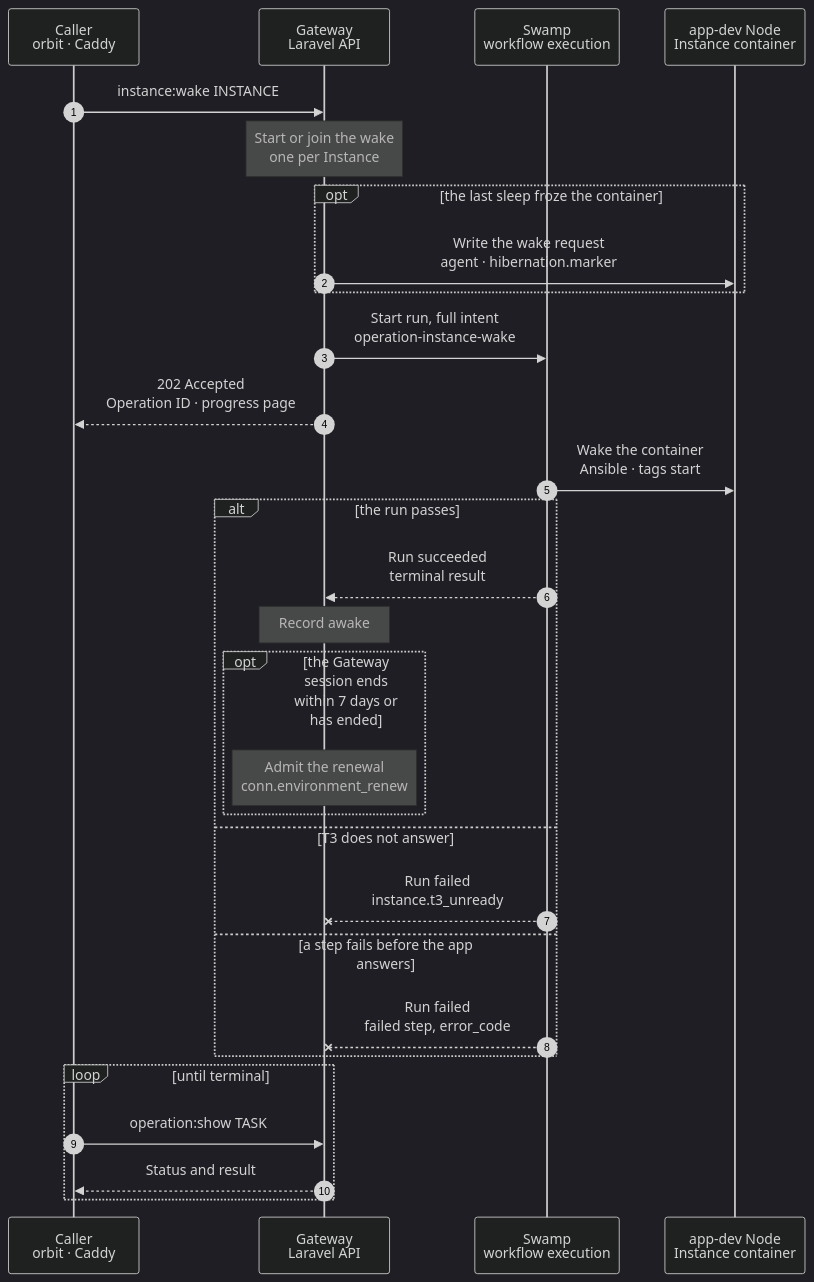
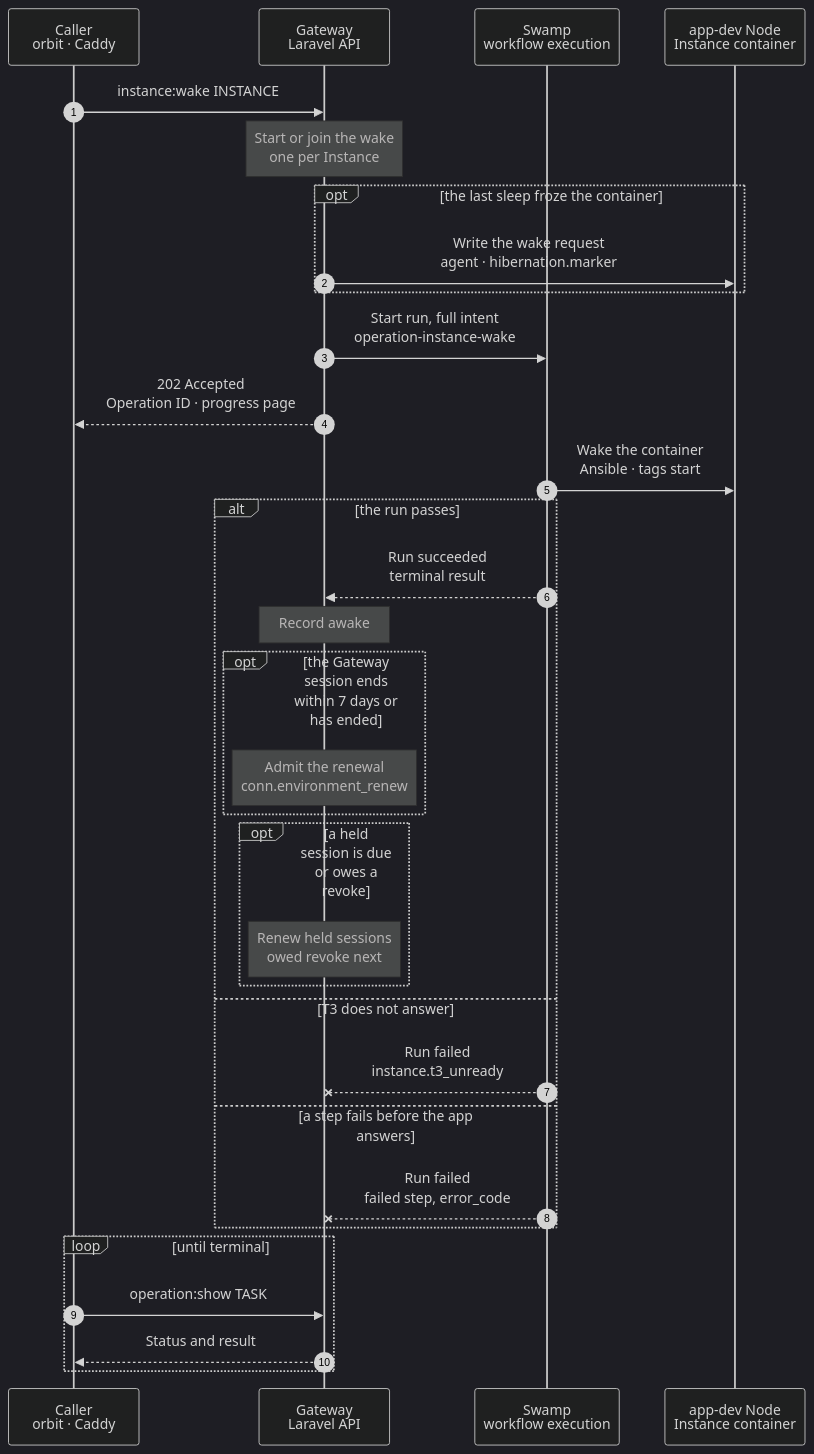
The diagram in docs/cli/instance/wake.mmd (hardimpactdev/orbit), drawn with Mermaid (dark theme) before and after one commit. The commit also changed 60 other files, not shown here.

First line of the commit message:
feat(conn): the Gateway holds each Node's T3 session on container servers (Conn O4) (#3729)

```diff
--- a/docs/cli/instance/wake.mmd
+++ b/docs/cli/instance/wake.mmd
@@ -1,112 +1,120 @@
 sequenceDiagram
   %% Container runtime (ADR 0250 step 8, docs/reference/development-containers.md#sleep-and-wake): resume a sleeping development container, or start one that was stopped. A request to its Route admits the same kind through the runtime activation endpoint of docs/reference/app-dev-runtime-hibernation.md#wake.
   %% status: draft
   %% command: instance:wake
   %% kind: instance.wake
   autonumber
   %% lane CL icon=terminal pill=caller tone=gray
   %% lane GW icon=gateway pill=intent tone=blue
   %% lane SW icon=workflow pill=executes tone=green
   %% lane N icon=server pill=target tone=amber
   participant CL as Caller<br/>orbit · Caddy
   participant GW as Gateway<br/>Laravel API
   participant SW as Swamp<br/>workflow execution
   participant N as app-dev Node<br/>Instance container
   CL->>GW: instance:wake INSTANCE
   %%> Command:
   %%> - `orbit instance:wake INSTANCE`
   %%> - syntax: `<instance-id> [--json]`
   %%> Callers:
   %%> - the command
   %%> - Caddy on the Instance's Node, when a request finds the asleep marker: `GET runtime-activations/app-instance/ID`
   %%> - planned: a Conn device that opens the T3 server, and the task flow before a turn on an attached Instance
   %%> - a deployment of a sleeping default starts it in its own run instead
   %%> Requirements:
   %%> - the caller is the Instance's Node or has node access to it
   Note over GW: Start or join the wake<br/>one per Instance
   %%> When:
   %%> - an active development container that is not a nested-fleet Instance
   %%> - a clone of a nested-fleet default takes its start instead: see instance/start.mmd
   %%> Result:
   %%> - an open wake of the Instance is joined: a second caller gets the same Operation, Caddy the same progress page
   %%> - after a failed wake, Caddy gets the failure page with Try again until a retry or the command starts a new wake
   %%> On failure:
   %%> - no container, a nested-fleet Instance or other lifecycle work starts no run
   opt the last sleep froze the container
     %% path: resume
     GW->>N: Write the wake request<br/>agent · hibernation.marker
     %%> What it does:
     %%> - the Operation is recorded without its run; the Node calls run after its commit
     %%> - the frozen agent's `hibernation.marker` writes `/dev/shm/orbit/hibernation/app-instance-<id>.wake`; only root writes in that folder
     %%> - the app-dev role's script, started by a systemd path unit, acts only on `instance-<id>` of `orbit-instances` found Frozen with its asleep marker and a request under 1 s old: `incus resume`, `memory.swap.max` 0, one request to FrankenPHP for an answer below 500 (1.5 s at most), then it removes the marker, writes `app-instance-<id>.resumed`, and rebuilds a stale library cache and CA bundle as the run does
     %%> - the Gateway reads the request folder and the marker with `hibernation.times` until the resume shows, within 3 s
     %%> Why:
     %%> - measured on a frozen clone: the resume takes 0.02 s and the web probe 0.4 s, but the run's start-up and playbook took 8-13 s of the 9-19 s a visitor waited
     %%> - the agent stays frozen (ADR 0253): two of its existing commands carry the request and the answer
     %%> Result:
     %%> - resumed: the Operation succeeds here with `wake: resumed`, `trigger_seconds` and `confirm_seconds`; `power_state` is `running`; Conn's renewal below runs as after a run
     %%> - Caddy gets 307 to the same path: the browser sends the request again, with its method and body, and gets the app
     %%> - an API caller gets 202 with the ended Operation
     %%> - a caller who joins this wake waits for it up to the bound, then gets the same answer
     %%> On failure:
     %%> - the Node has no script (its first read also asks for it; the Node then skips this path for 10 minutes), the script declined (another state, FrankenPHP silent), an agent call or the Gateway failed, or the bound passed: the Gateway removes the request, and the same Operation starts the run below
     %%> - a Gateway worker that dies here: a delayed start runs the same Operation's run 15 s later
     %%> - a cancel during the resume keeps the Operation cancelled
   end
   GW->>SW: Start run, full intent<br/>operation-instance-wake
   GW-->>CL: 202 Accepted<br/>Operation ID · progress page
   SW->>N: Wake the container<br/>Ansible · tags start
   %%> What it does:
   %%> - Frozen: `incus resume`, `memory.swap.max` back to 0, FrankenPHP gets 10 tries 1 s apart; nothing boots and nothing converges, `wake: resumed`
   %%> - Frozen and FrankenPHP silent: `incus stop --force`, then the boot below, `wake: restarted_after_resume`
   %%> - Stopped (after a host reboot or a sleep that fell back to a stop): the boot below, `wake: started`
   %%> - Running (after a reboot with `boot.autostart`): no start and no resume, `wake: already_running`
   %%> - a Frozen container without the marker is resumed; the result says `marker_found: false`
   %%> - boot: `incus start`; nftables, T3, FrankenPHP and the enabled Process units start with the container
   %%> - waits until each desired-running unit is active, then until FrankenPHP answers, else `instance.web_unready`
   %%> - a 5xx answer gets up to 5 s to clear; an app that answers 5xx by itself is then served as it is
   %%> - removes the asleep marker, so Caddy sends the next request to the app
   %%> - then rebuilds the container's library cache with `ldconfig -X` when it lacks a soname of the runtime folder (a converge cannot exec in a frozen container); a failed check fails nothing
   %%> - then runs `update-ca-certificates` when the CA bundle lacks the container's Orbit root (the converge writes the root's file, but a frozen container refuses the exec); a container without the file skips it
   %%> - then waits up to 30 s for T3's environment endpoint in a clone, else `instance.t3_unready`
   %%> Why:
   %%> - one playbook: a second Ansible start costs about 4 s on the visitor's path
   %%> - the visitor waits for the app, not for T3; T3 gates only the Operation's end
   %%> - unit enablement holds each Process's desired state, so a stopped Process stays stopped
   %%> When:
   %%> - the marker part runs only in a start whose intent names the marker; a deployment's start has none
   alt the run passes
     %% path: main
     SW-->>GW: Run succeeded<br/>terminal result
     Note over GW: Record awake
     %%> Result:
     %%> - the runtime's `power_state` is `running`; the Conn layer shows the T3 server awake
     %%> - the result names the path, `marker_found`, and a resume's `resume_seconds` and `web_probe_seconds`
     %%> - the progress page loads the original path
     opt the Gateway session ends within 7 days or has ended
       Note over GW: Admit the renewal<br/>conn.environment_renew
       %%> When:
       %%> - after the wake's transaction; it never fails the wake
       %%> What it does:
       %%> - see conn/environment-renew.mmd; the run needs no old session, so a session that ended during the sleep renews too
     end
+    opt a held session is due or owes a revoke
+      Note over GW: Renew held sessions<br/>owed revoke next
+      %%> When:
+      %%> - after the wake's transaction, while the Gateway session has not ended; it never fails the wake
+      %%> What it does:
+      %%> - see conn/session-hold.mmd: one renewal per held session that ends within seven days
+      %%> - and the server's next owed held revoke (conn/pairing-revoke.mmd), which waited while the Instance slept
+    end
   else T3 does not answer
     %% path: t3-unready
     SW--xGW: Run failed<br/>instance.t3_unready
     %%> Result:
     %%> - the Operation fails; the marker is gone and the Route serves the app
     %%> - the runtime's `power_state` is `running`, because the container runs
     %%> Retry:
     %%> - the same command; a start of a running container changes nothing
   else a step fails before the app answers
     %% path: failed
     SW--xGW: Run failed<br/>failed step, error_code
     %%> Result:
     %%> - the asleep marker stays; the Route shows the failure page with Try again
     %%> Retry:
     %%> - Try again or the same command; a start of a running container changes nothing
   end
   loop until terminal
     CL->>GW: operation:show TASK
     GW-->>CL: Status and result
   end
```
